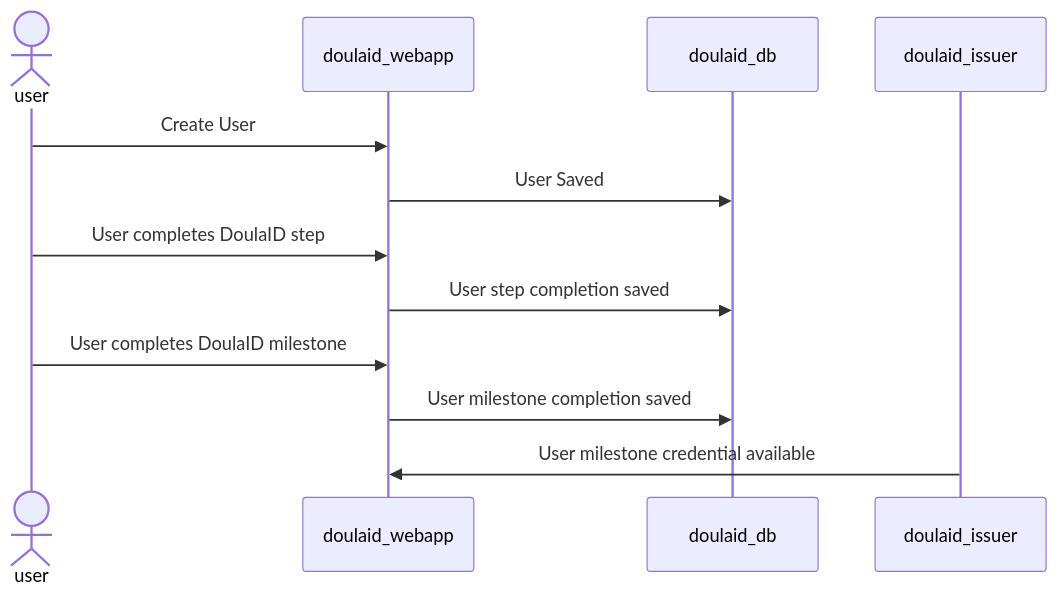
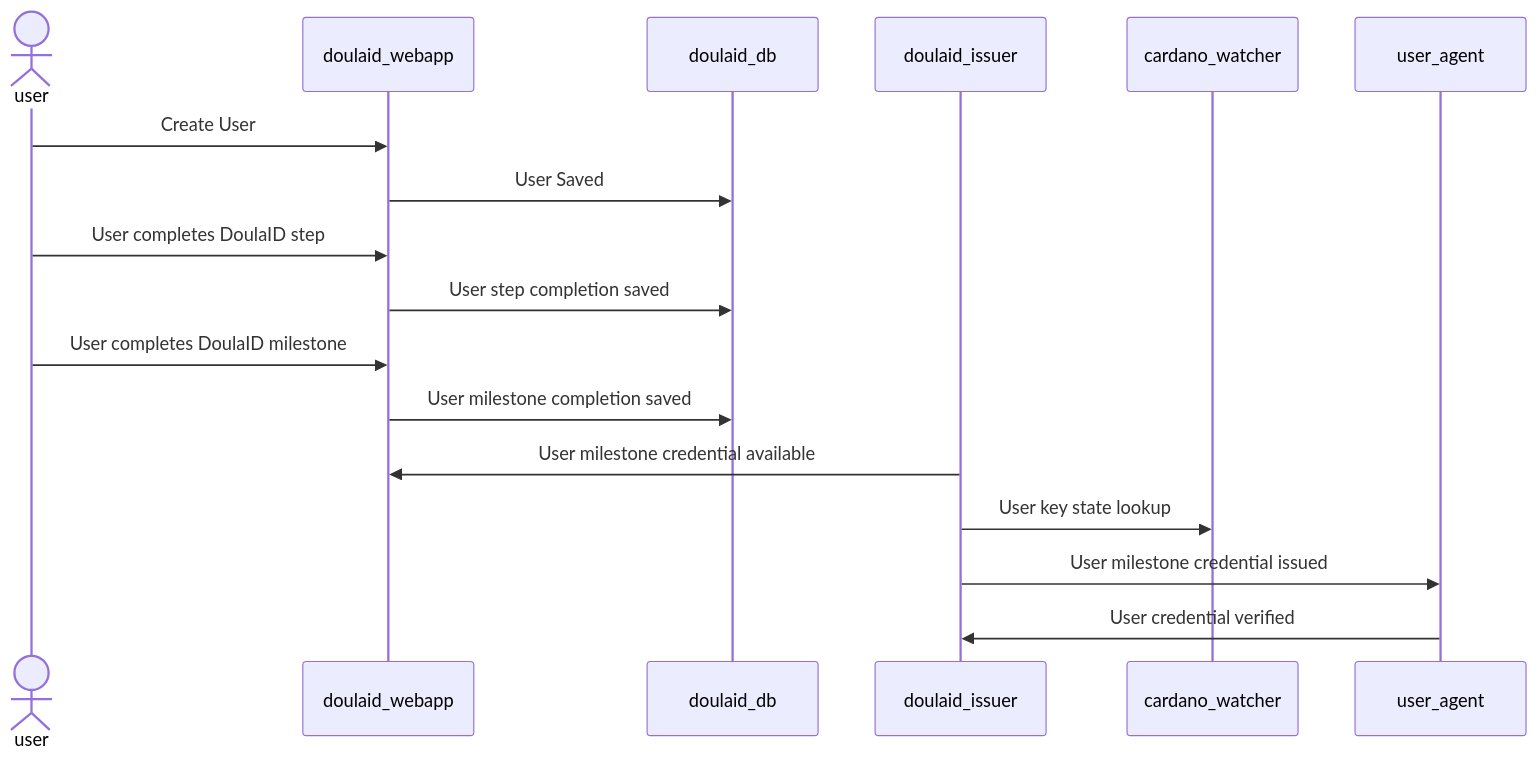
The diagram in DESIGN.md (roots-id/DoulaID), drawn with Mermaid before and after one commit. The commit also changed other lines of this file, not shown here.

````diff
--- a/DESIGN.md
+++ b/DESIGN.md
@@ -11,11 +11,14 @@
 ```mermaid
 sequenceDiagram
 actor user
 user->>doulaid_webapp: Create User
 doulaid_webapp->>doulaid_db: User Saved
 user->>doulaid_webapp: User completes DoulaID step
 doulaid_webapp->>doulaid_db: User step completion saved
 user->>doulaid_webapp: User completes DoulaID milestone
 doulaid_webapp->>doulaid_db: User milestone completion saved
 doulaid_issuer->>doulaid_webapp: User milestone credential available
+doulaid_issuer->>cardano_watcher: User key state lookup
+doulaid_issuer->>user_agent: User milestone credential issued
+user_agent->>doulaid_issuer: User credential verified
 ```
````
